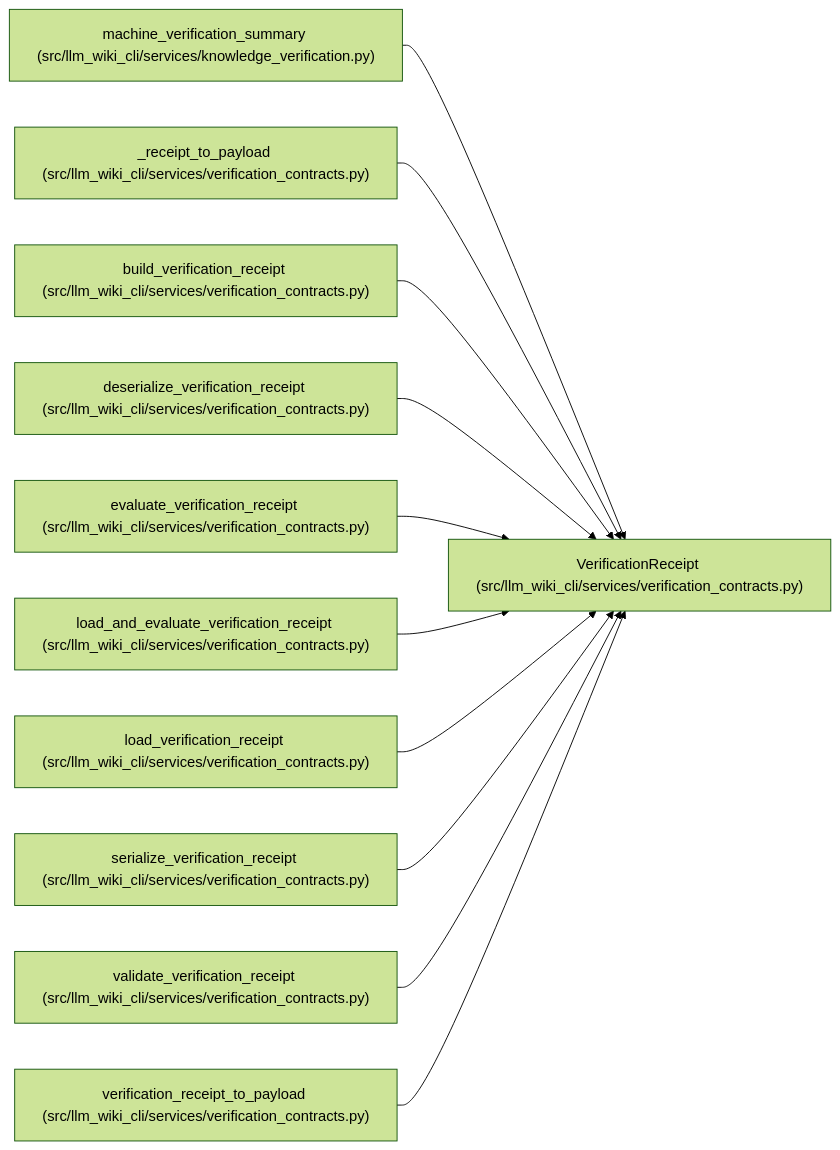
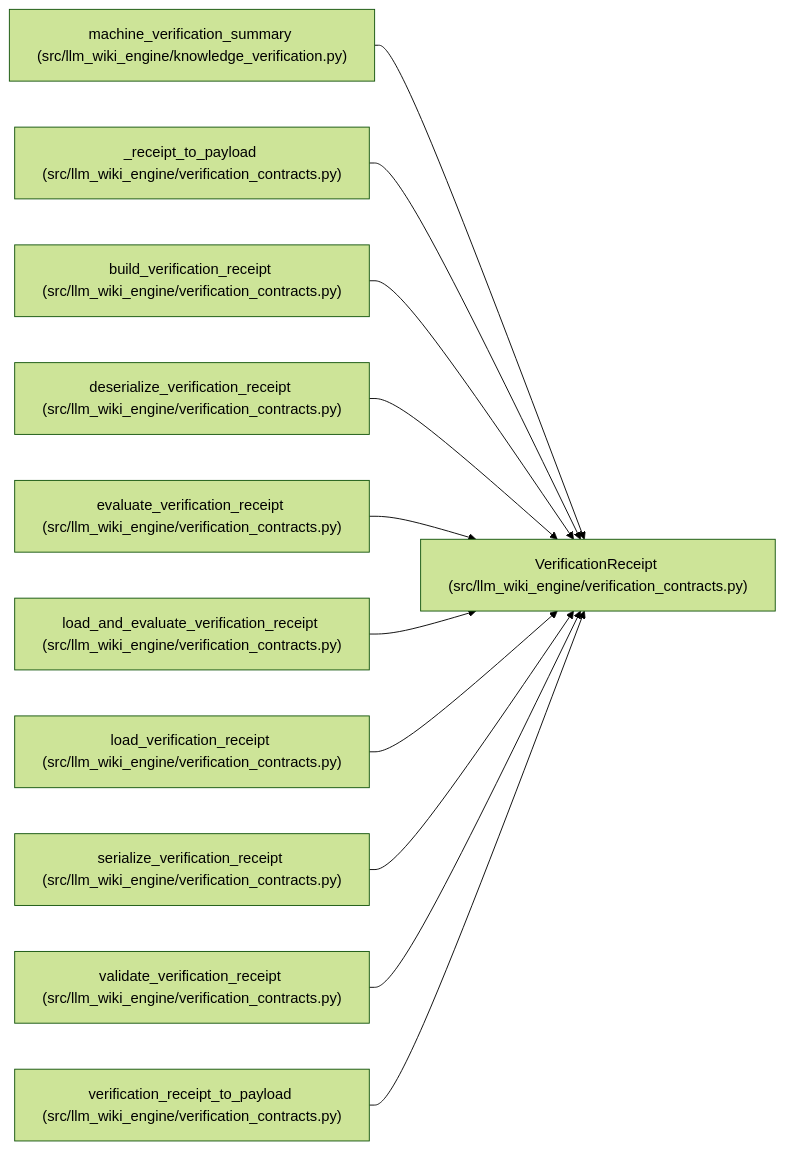
The diagram in docs/llm_wiki/entities/VerificationReceipt.md (Denissvgn/python-wiki-llm), drawn with Mermaid (forest theme) before and after one commit. The commit also changed other lines of this file and 1058 other files, not shown here.

First line of the commit message:
docs: refresh the wiki for the knowledge store move

````diff
--- a/docs/llm_wiki/entities/VerificationReceipt.md
+++ b/docs/llm_wiki/entities/VerificationReceipt.md
@@ -39,35 +39,35 @@
 ```mermaid
 flowchart LR
-    n0["VerificationReceipt (src/llm_wiki_cli/services/verification_contracts.py)"]
-    n1["machine_verification_summary (src/llm_wiki_cli/services/knowledge_verification.py)"]
-    n2["_receipt_to_payload (src/llm_wiki_cli/services/verification_contracts.py)"]
-    n3["build_verification_receipt (src/llm_wiki_cli/services/verification_contracts.py)"]
-    n4["deserialize_verification_receipt (src/llm_wiki_cli/services/verification_contracts.py)"]
-    n5["evaluate_verification_receipt (src/llm_wiki_cli/services/verification_contracts.py)"]
-    n6["load_and_evaluate_verification_receipt (src/llm_wiki_cli/services/verification_contracts.py)"]
-    n7["load_verification_receipt (src/llm_wiki_cli/services/verification_contracts.py)"]
-    n8["serialize_verification_receipt (src/llm_wiki_cli/services/verification_contracts.py)"]
-    n9["validate_verification_receipt (src/llm_wiki_cli/services/verification_contracts.py)"]
-    n10["verification_receipt_to_payload (src/llm_wiki_cli/services/verification_contracts.py)"]
+    n0["VerificationReceipt (src/llm_wiki_engine/verification_contracts.py)"]
+    n1["machine_verification_summary (src/llm_wiki_engine/knowledge_verification.py)"]
+    n2["_receipt_to_payload (src/llm_wiki_engine/verification_contracts.py)"]
+    n3["build_verification_receipt (src/llm_wiki_engine/verification_contracts.py)"]
+    n4["deserialize_verification_receipt (src/llm_wiki_engine/verification_contracts.py)"]
+    n5["evaluate_verification_receipt (src/llm_wiki_engine/verification_contracts.py)"]
+    n6["load_and_evaluate_verification_receipt (src/llm_wiki_engine/verification_contracts.py)"]
+    n7["load_verification_receipt (src/llm_wiki_engine/verification_contracts.py)"]
+    n8["serialize_verification_receipt (src/llm_wiki_engine/verification_contracts.py)"]
+    n9["validate_verification_receipt (src/llm_wiki_engine/verification_contracts.py)"]
+    n10["verification_receipt_to_payload (src/llm_wiki_engine/verification_contracts.py)"]
     n1 --> n0
     n2 --> n0
     n3 --> n0
     n4 --> n0
     n5 --> n0
     n6 --> n0
     n7 --> n0
     n8 --> n0
     n9 --> n0
     n10 --> n0
     click n0 "../modules/verification_contracts.md"
     click n1 "../modules/knowledge_verification.md"
     click n2 "../modules/verification_contracts.md"
     click n3 "../modules/verification_contracts.md"
     click n4 "../modules/verification_contracts.md"
     click n5 "../modules/verification_contracts.md"
     click n6 "../modules/verification_contracts.md"
     click n7 "../modules/verification_contracts.md"
     click n8 "../modules/verification_contracts.md"
     click n9 "../modules/verification_contracts.md"
     click n10 "../modules/verification_contracts.md"
 ```
````
